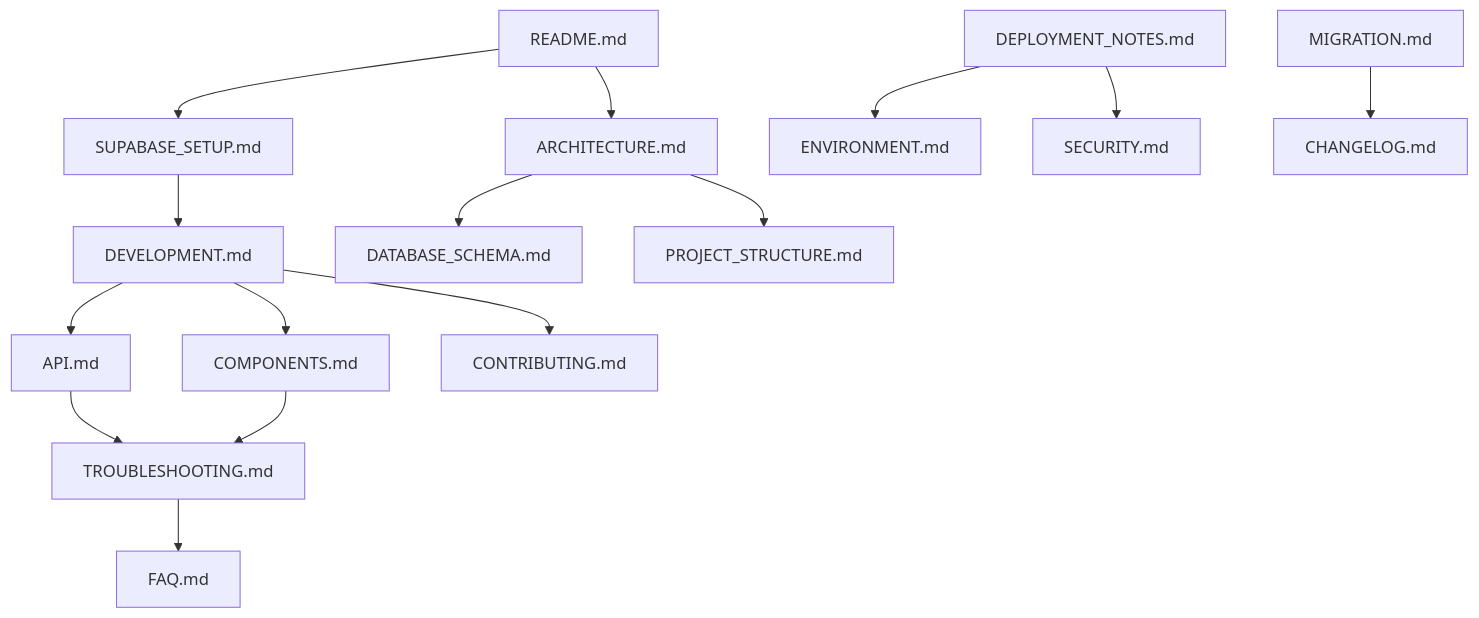
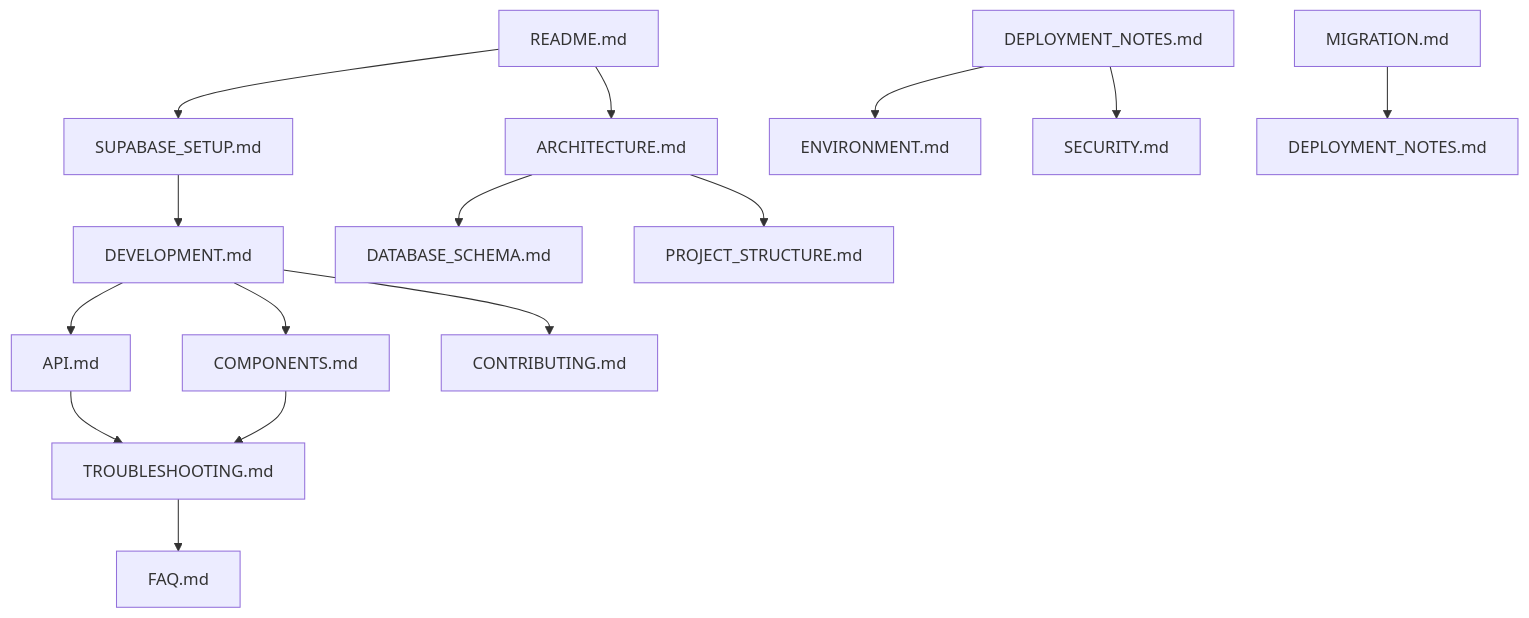
Before and after one commit to abhi-singhs/slackhub-messenger: the diagram in docs/INDEX.md, drawn with Mermaid. The commit also changed other lines of this file and 12 other files, not shown here.

````diff
--- a/docs/INDEX.md
+++ b/docs/INDEX.md
@@ -137,17 +142,17 @@
 ```mermaid
 graph TD
     A[README.md] --> B[SUPABASE_SETUP.md]
     A --> C[ARCHITECTURE.md]
     B --> D[DEVELOPMENT.md]
     C --> E[DATABASE_SCHEMA.md]
     C --> F[PROJECT_STRUCTURE.md]
     D --> G[API.md]
     D --> H[COMPONENTS.md]
     D --> I[CONTRIBUTING.md]
     G --> J[TROUBLESHOOTING.md]
     H --> J
     J --> K[FAQ.md]
     L[DEPLOYMENT_NOTES.md] --> M[ENVIRONMENT.md]
     L --> N[SECURITY.md]
-    O[MIGRATION.md] --> P[CHANGELOG.md]
+    O[MIGRATION.md] --> P[DEPLOYMENT_NOTES.md]
 ```
````
